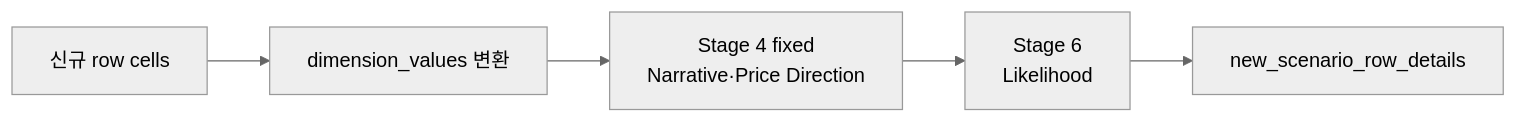
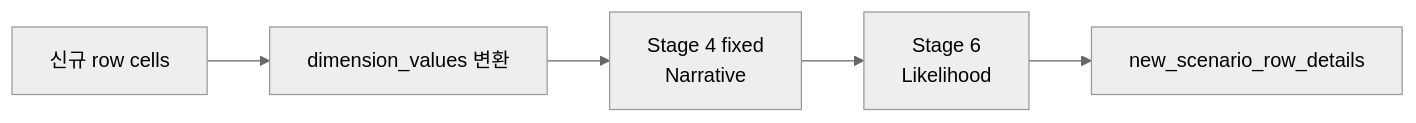
Before and after one commit to enkhbaatarL/skmip-mi-agent: the fourth of 8 diagrams in docs/architectures/scenario_group_agent_flow_pipeline.md, drawn with Mermaid (neutral theme). The commit also changed other lines of this file and 16 other files, not shown here.

````diff
--- a/docs/architectures/scenario_group_agent_flow_pipeline.md
+++ b/docs/architectures/scenario_group_agent_flow_pipeline.md
@@ -307,7 +308,7 @@
 ```mermaid
 flowchart LR
     A[신규 row cells] --> B[dimension_values 변환]
-    B --> C[Stage 4 fixed<br/>Narrative·Price Direction]
+    B --> C[Stage 4 fixed<br/>Narrative]
     C --> D[Stage 6<br/>Likelihood]
     D --> E[new_scenario_row_details]
 ```
````
